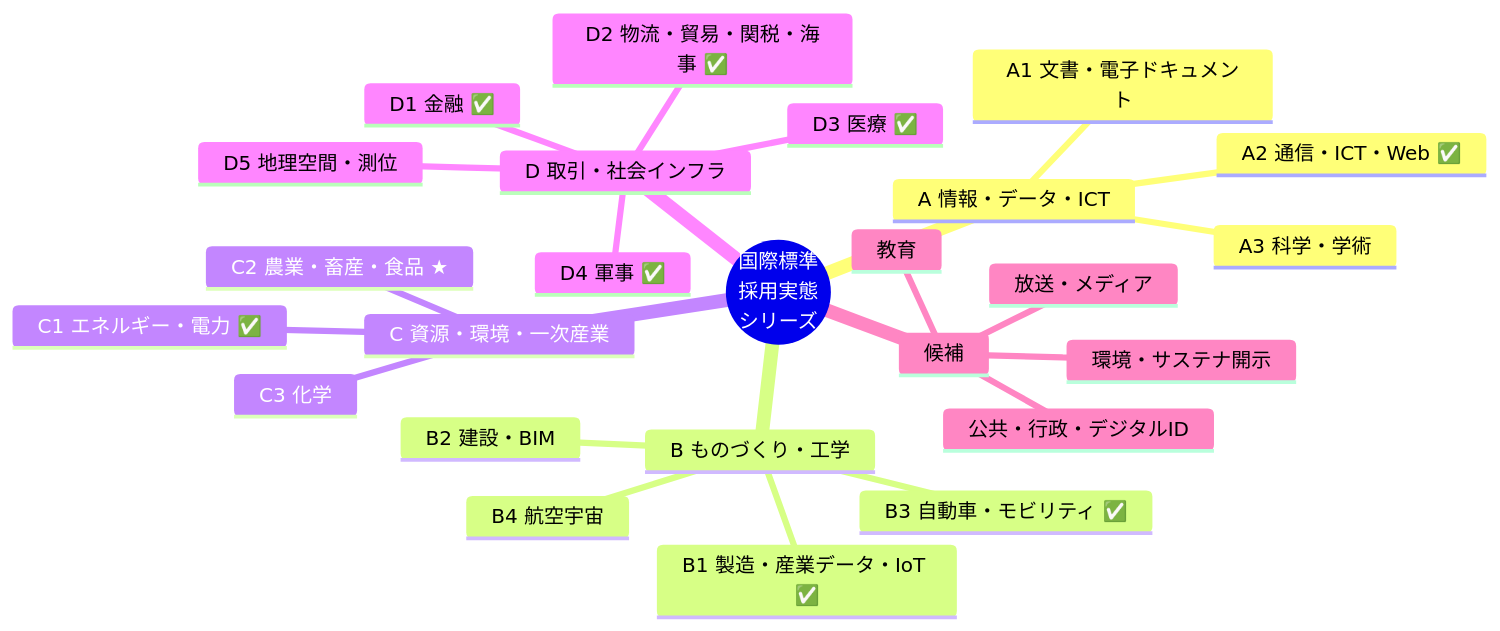
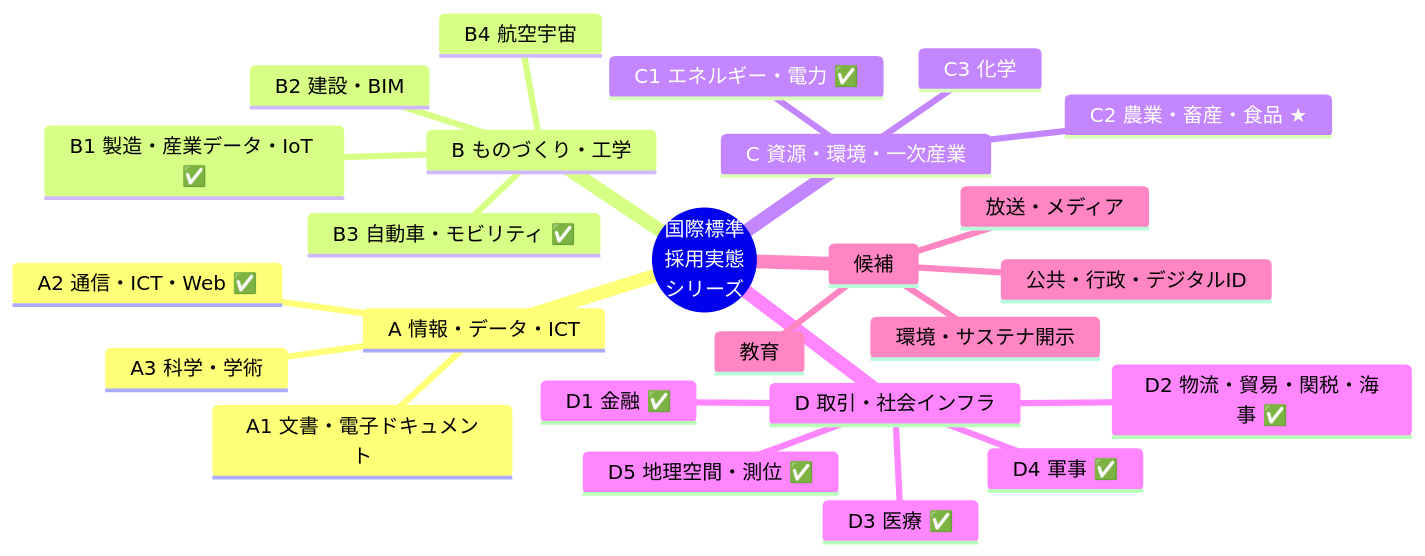
One commit to shuji-bonji/Current-Status-of-International-Standard-Adoption changed the second of 2 diagrams in 国際標準規格の採用実態_総括レポート_再編版.md. Above: the diagram before and after it, drawn with Mermaid. The commit also changed other lines of this file and 2 other files, not shown here.

Commit message:
feat: 地理空間・測位標準の総括：領域横断カタログと採用実態分析 追加

````diff
--- a/国際標準規格の採用実態_総括レポート_再編版.md
+++ b/国際標準規格の採用実態_総括レポート_再編版.md
@@ -236,28 +237,28 @@
 ```mermaid
 mindmap
   root((国際標準<br/>採用実態<br/>シリーズ))
     A 情報・データ・ICT
       A1 文書・電子ドキュメント
       A2 通信・ICT・Web ✅
       A3 科学・学術
     B ものづくり・工学
       B1 製造・産業データ・IoT ✅
       B2 建設・BIM
       B3 自動車・モビリティ ✅
       B4 航空宇宙
     C 資源・環境・一次産業
       C1 エネルギー・電力 ✅
       C2 農業・畜産・食品 ★
       C3 化学
     D 取引・社会インフラ
       D1 金融 ✅
       D2 物流・貿易・関税・海事 ✅
       D3 医療 ✅
       D4 軍事 ✅
-      D5 地理空間・測位
+      D5 地理空間・測位 ✅
     候補
       放送・メディア
       環境・サステナ開示
       公共・行政・デジタルID
       教育
 ```
````
